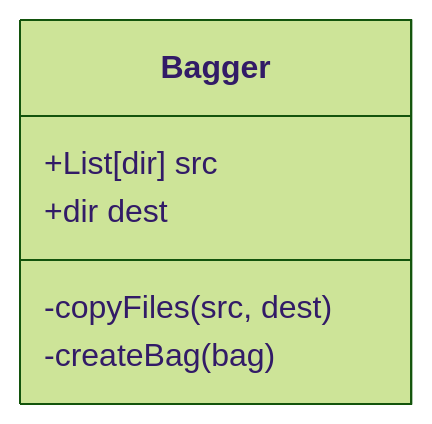
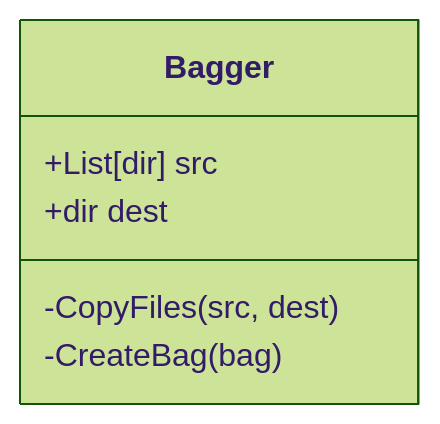
Before and after one commit to marcelomgarcia/dgpresflow: the second of 2 diagrams in diagrams/classes.md, drawn with Mermaid (forest theme). The commit also changed other lines of this file, not shown here.

````diff
--- a/diagrams/classes.md
+++ b/diagrams/classes.md
@@ -26,8 +26,8 @@
 ```mermaid
 classDiagram
   class Bagger
   Bagger: +List[dir] src
   Bagger: +dir dest
-  Bagger: -copyFiles(src, dest)
-  Bagger: -createBag(bag)
+  Bagger: -CopyFiles(src, dest)
+  Bagger: -CreateBag(bag)
 ```
````
